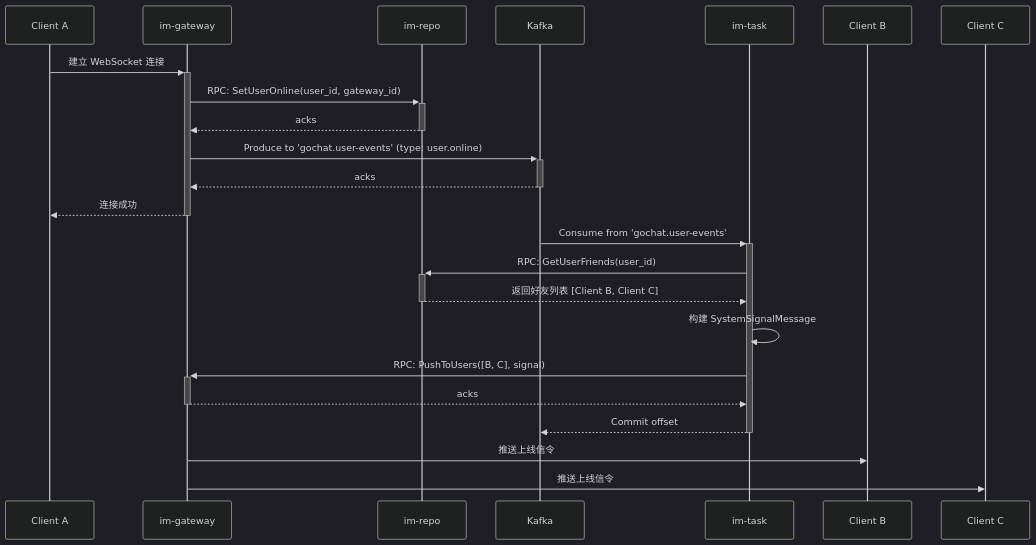
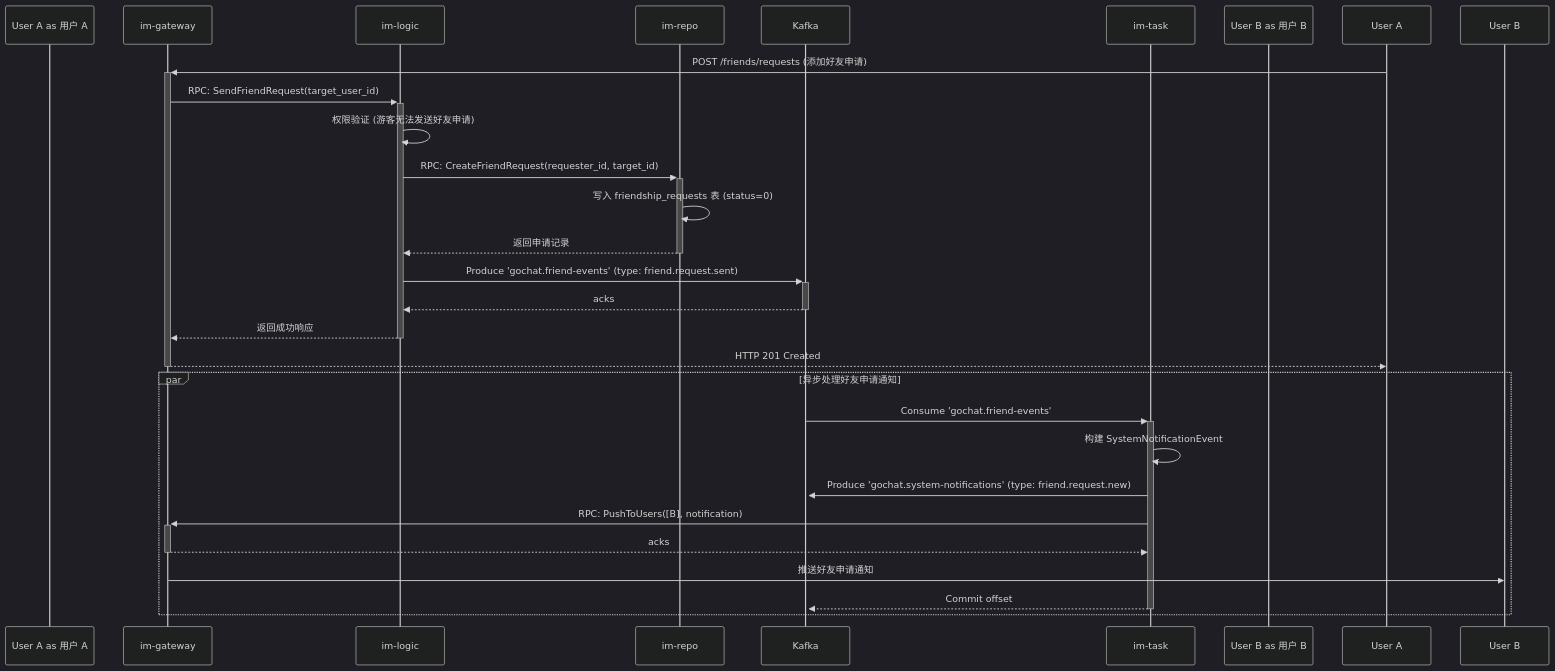
The first of 15 diagrams in docs/06_data_models/02_core_im_flows.md (ceyewan/gochat), drawn with Mermaid (dark theme) before and after one commit. The commit also changed other lines of this file and 5 other files, not shown here.

````diff
--- a/docs/06_data_models/02_core_im_flows.md
+++ b/docs/06_data_models/02_core_im_flows.md
@@ -19,26 +22,33 @@
 ```mermaid
 sequenceDiagram
-    participant Client A
+    participant User A as 用户 A
     participant Gateway as im-gateway
+    participant Logic as im-logic
     participant Repo as im-repo
     participant Kafka
     participant Task as im-task
+    participant User B as 用户 B
 
-    Client A->>+Gateway: 建立 WebSocket 连接
-    Gateway->>+Repo: RPC: SetUserOnline(user_id, gateway_id)
-    Repo-->>-Gateway: acks
-    Gateway->>+Kafka: Produce to 'gochat.user-events' (type: user.online)
-    Kafka-->>-Gateway: acks
-    Gateway-->>-Client A: 连接成功
+    User A->>+Gateway: POST /friends/requests (添加好友申请)
+    Gateway->>+Logic: RPC: SendFriendRequest(target_user_id)
+    Logic->>Logic: 权限验证 (游客无法发送好友申请)
+    
+    Logic->>+Repo: RPC: CreateFriendRequest(requester_id, target_id)
+    Repo->>Repo: 写入 friendship_requests 表 (status=0)
+    Repo-->>-Logic: 返回申请记录
 
-    Kafka->>+Task: Consume from 'gochat.user-events'
-    Task->>+Repo: RPC: GetUserFriends(user_id)
-    Repo-->>-Task: 返回好友列表 [Client B, Client C]
-    Task->>Task: 构建 SystemSignalMessage
-    Task->>+Gateway: RPC: PushToUsers([B, C], signal)
-    Gateway-->>-Task: acks
-    Task-->>-Kafka: Commit offset
+    Logic->>+Kafka: Produce 'gochat.friend-events' (type: friend.request.sent)
+    Kafka-->>-Logic: acks
+    Logic-->>-Gateway: 返回成功响应
+    Gateway-->>-User A: HTTP 201 Created
 
-    Gateway->>Client B: 推送上线信令
-    Gateway->>Client C: 推送上线信令
+    par 异步处理好友申请通知
+        Kafka->>+Task: Consume 'gochat.friend-events'
+        Task->>Task: 构建 SystemNotificationEvent
+        Task->>+Kafka: Produce 'gochat.system-notifications' (type: friend.request.new)
+        Task->>+Gateway: RPC: PushToUsers([B], notification)
+        Gateway-->>-Task: acks
+        Gateway->>User B: 推送好友申请通知
+        Task-->>-Kafka: Commit offset
+    end
 ```
````
